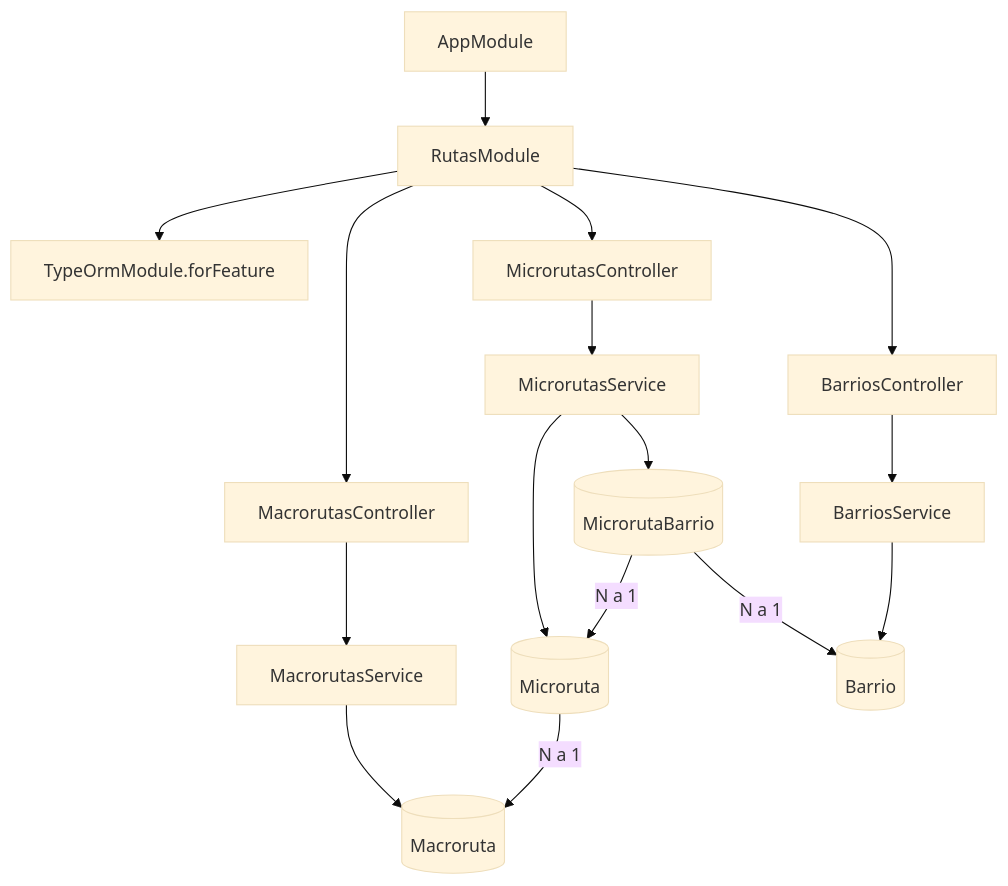
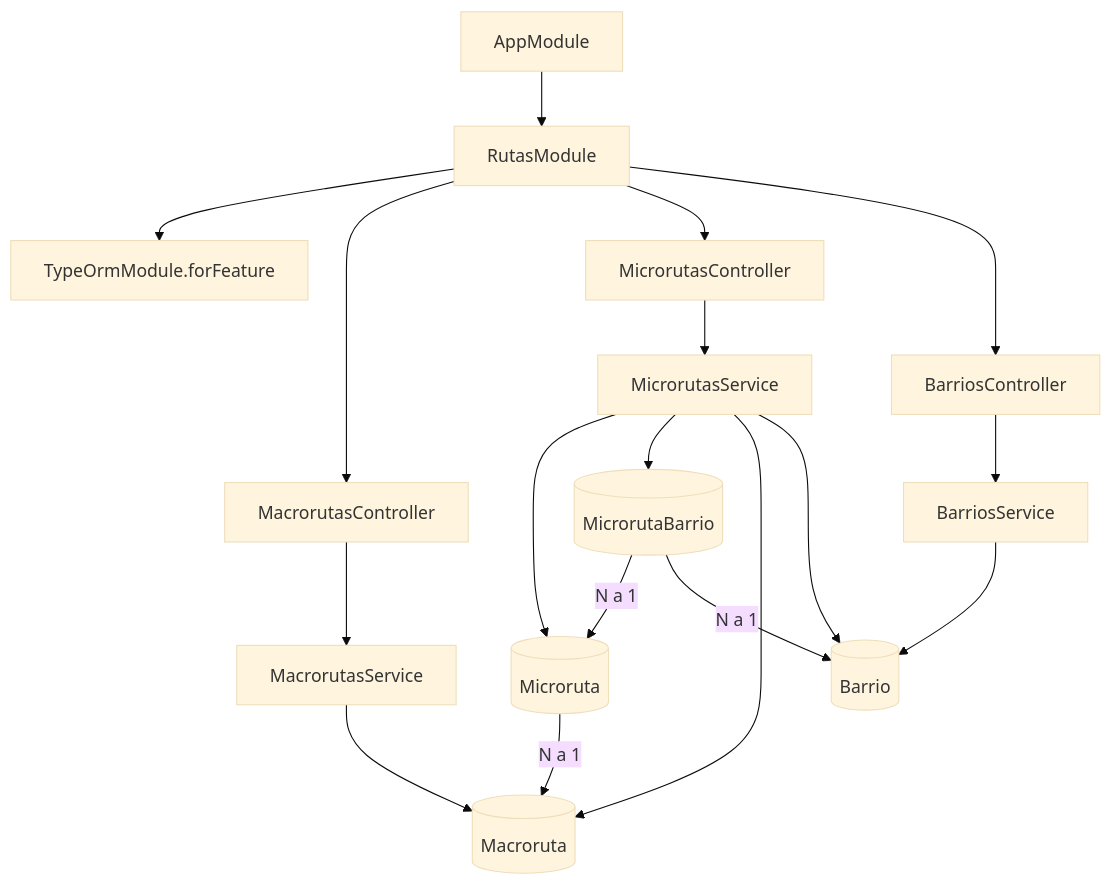
The diagram in backend/src/rutas/README.md (Univalle-P-I/VINTRA), drawn with Mermaid (base theme) before and after one commit. The commit also changed other lines of this file and 10 other files, not shown here.

````diff
--- a/backend/src/rutas/README.md
+++ b/backend/src/rutas/README.md
@@ -25,13 +26,15 @@
 ```mermaid
 flowchart TD
   App[AppModule] --> Rutas[RutasModule]
   Rutas --> TO["TypeOrmModule.forFeature"]
   Rutas --> MC[MacrorutasController] --> MS[MacrorutasService] --> Ma[(Macroruta)]
   Rutas --> MiC[MicrorutasController] --> MiS[MicrorutasService]
   MiS --> Mi[(Microruta)]
   MiS --> MB[(MicrorutaBarrio)]
+  MiS --> Ma
+  MiS --> Ba
   Rutas --> BC[BarriosController] --> BS[BarriosService] --> Ba[(Barrio)]
   Mi -->|N a 1| Ma
   MB -->|N a 1| Mi
   MB -->|N a 1| Ba
 ```
````
